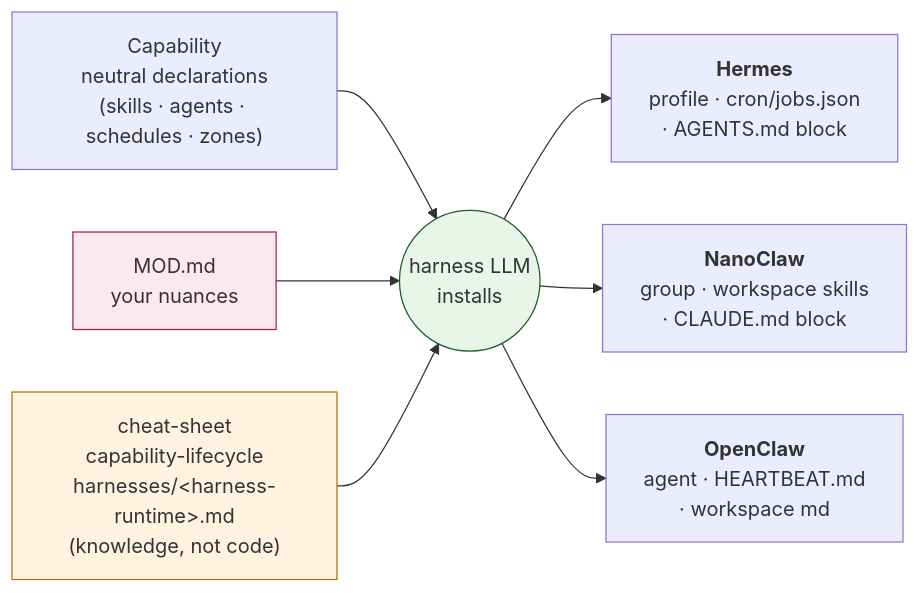
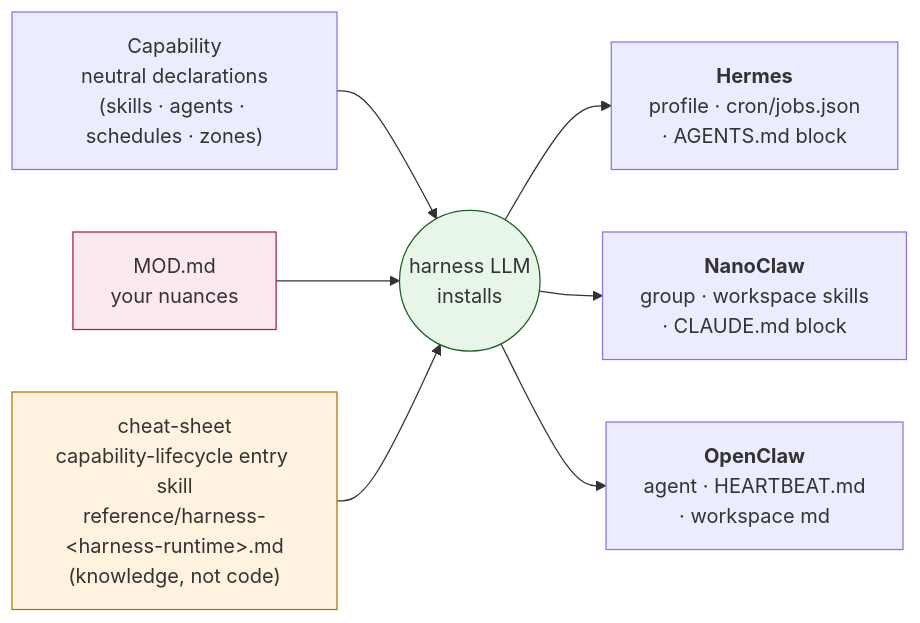
Before and after one commit to AlmogBaku/aos: the fourth of 4 diagrams in ARCHITECTURE.md, drawn with Mermaid. The commit also changed other lines of this file, not shown here.

First line of the commit message:
ARCHITECTURE: LAYOUT 2, work-tracker, and two firm positions amended honestly

````diff
--- a/ARCHITECTURE.md
+++ b/ARCHITECTURE.md
@@ -455,13 +469,13 @@
 ```mermaid
 flowchart LR
     CAP["Capability<br/>neutral declarations<br/>(skills · agents · schedules · zones)"] --> LLM(("harness LLM<br/>installs"))
     MOD["MOD.md<br/>your nuances"] --> LLM
-    CS["cheat-sheet<br/>capability-lifecycle<br/>harnesses/&lt;harness-runtime&gt;.md<br/>(knowledge, not code)"] --> LLM
+    CS["cheat-sheet<br/>capability-lifecycle entry skill<br/>reference/harness-&lt;harness-runtime&gt;.md<br/>(knowledge, not code)"] --> LLM
     LLM --> H1["<b>Hermes</b><br/>profile · cron/jobs.json<br/>· AGENTS.md block"]
     LLM --> H2["<b>NanoClaw</b><br/>group · workspace skills<br/>· CLAUDE.md block"]
     LLM --> H3["<b>OpenClaw</b><br/>agent · HEARTBEAT.md<br/>· workspace md"]
 
     style LLM fill:#E8F5E9,stroke:#1B5E20
     style CS fill:#FFF3E0,stroke:#B07300
     style MOD fill:#FCE9EF,stroke:#A61E4D
 ```
````
